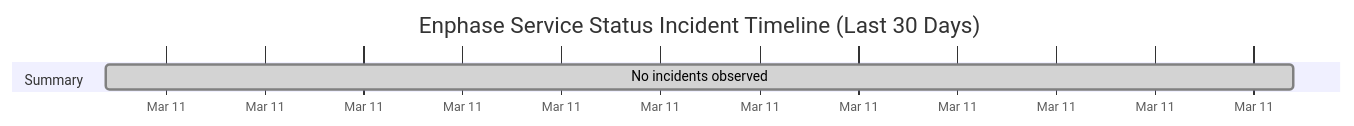
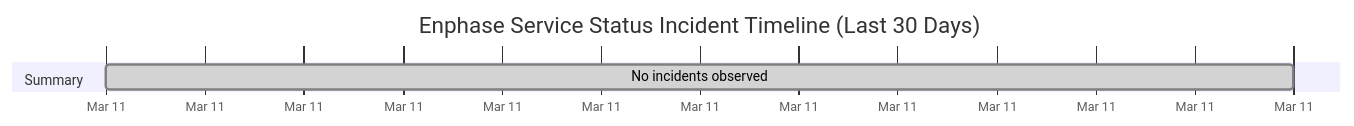
Before and after one commit to barneyonline/ha-enphase-ev-charger: the diagram in wiki/Service-Status-History.md, drawn with Mermaid. The commit also changed other lines of this file and 3 other files, not shown here.

````diff
--- a/wiki/Service-Status-History.md
+++ b/wiki/Service-Status-History.md
@@ -14,8 +14,8 @@
 ```mermaid
 gantt
     title Enphase Service Status Incident Timeline (Last 30 Days)
     dateFormat  YYYY-MM-DDTHH:mm:ss
     axisFormat  %b %d
     section Summary
-    No incidents observed :done, 2026-03-11T19:36:07, 1m
+    No incidents observed :done, 2026-03-11T20:24:55, 1m
 ```
````
